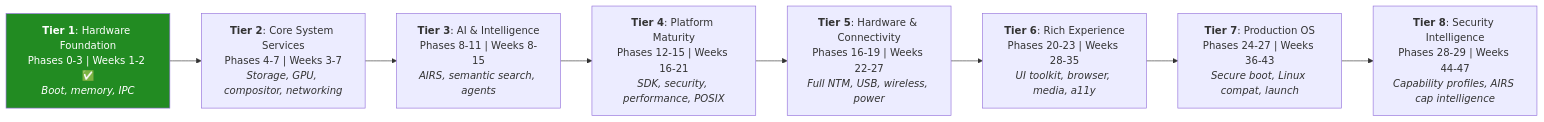
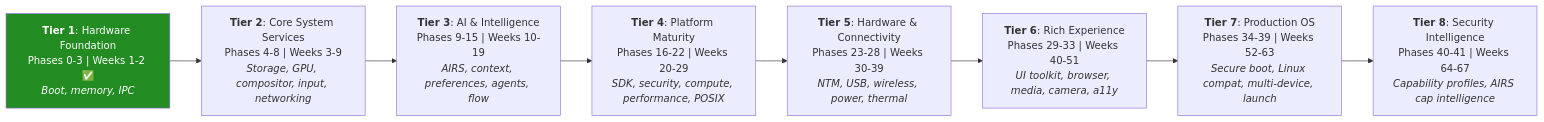
One commit to juslee/aios changed the first of 2 diagrams in docs/project/development-plan.md. Above: the diagram before and after it, drawn with Mermaid. The commit also changed other lines of this file and 94 other files, not shown here.

First line of the commit message:
Docs: Restructure development plan from 30 to 42 phases with full renumbering

````diff
--- a/docs/project/development-plan.md
+++ b/docs/project/development-plan.md
@@ -19,31 +19,31 @@
 ```mermaid
 flowchart LR
     T1["`**Tier 1**: Hardware Foundation
     Phases 0-3 | Weeks 1-2 ✅
     *Boot, memory, IPC*`"]
     T2["`**Tier 2**: Core System Services
-    Phases 4-7 | Weeks 3-7
-    *Storage, GPU, compositor, networking*`"]
+    Phases 4-8 | Weeks 3-9
+    *Storage, GPU, compositor, input, networking*`"]
     T3["`**Tier 3**: AI & Intelligence
-    Phases 8-11 | Weeks 8-15
-    *AIRS, semantic search, agents*`"]
+    Phases 9-15 | Weeks 10-19
+    *AIRS, context, preferences, agents, flow*`"]
     T4["`**Tier 4**: Platform Maturity
-    Phases 12-15 | Weeks 16-21
-    *SDK, security, performance, POSIX*`"]
+    Phases 16-22 | Weeks 20-29
+    *SDK, security, compute, performance, POSIX*`"]
     T5["`**Tier 5**: Hardware & Connectivity
-    Phases 16-19 | Weeks 22-27
-    *Full NTM, USB, wireless, power*`"]
+    Phases 23-28 | Weeks 30-39
+    *NTM, USB, wireless, power, thermal*`"]
     T6["`**Tier 6**: Rich Experience
-    Phases 20-23 | Weeks 28-35
-    *UI toolkit, browser, media, a11y*`"]
+    Phases 29-33 | Weeks 40-51
+    *UI toolkit, browser, media, camera, a11y*`"]
     T7["`**Tier 7**: Production OS
-    Phases 24-27 | Weeks 36-43
-    *Secure boot, Linux compat, launch*`"]
+    Phases 34-39 | Weeks 52-63
+    *Secure boot, Linux compat, multi-device, launch*`"]
     T8["`**Tier 8**: Security Intelligence
-    Phases 28-29 | Weeks 44-47
+    Phases 40-41 | Weeks 64-67
     *Capability profiles, AIRS cap intelligence*`"]
 
     T1 --> T2 --> T3 --> T4 --> T5 --> T6 --> T7 --> T8
 
     style T1 fill:#228B22,color:white
 ```
````
